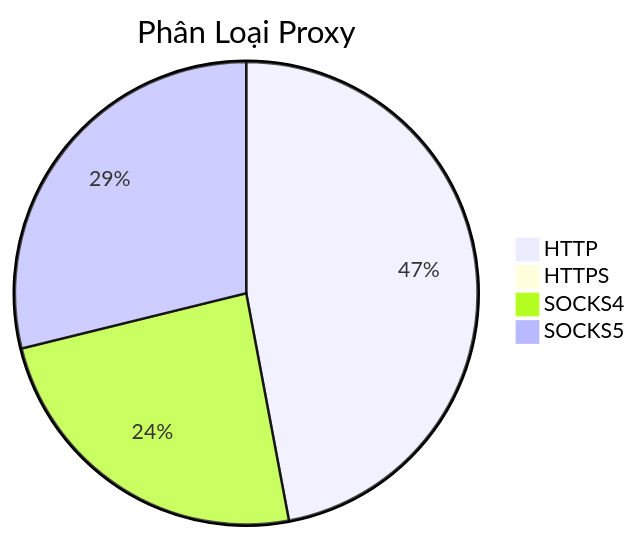
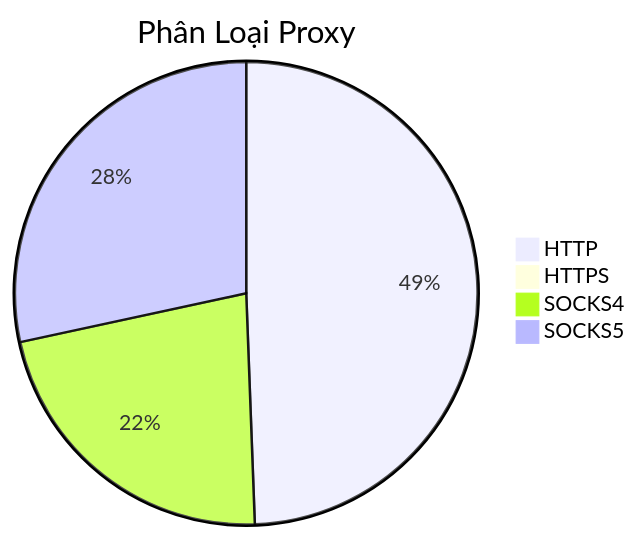
The diagram in README.md (Ciara-12/PROXY-free), drawn with Mermaid before and after one commit. The commit also changed other lines of this file and 4 other files, not shown here.

````diff
--- a/README.md
+++ b/README.md
@@ -26,7 +26,7 @@
 ```mermaid
 pie title Phân Loại Proxy
-    "HTTP" : 517
-    "HTTPS" : 1
-    "SOCKS4" : 265
-    "SOCKS5" : 317
+    "HTTP" : 583
+    "HTTPS" : 2
+    "SOCKS4" : 262
+    "SOCKS5" : 335
 ```
````
